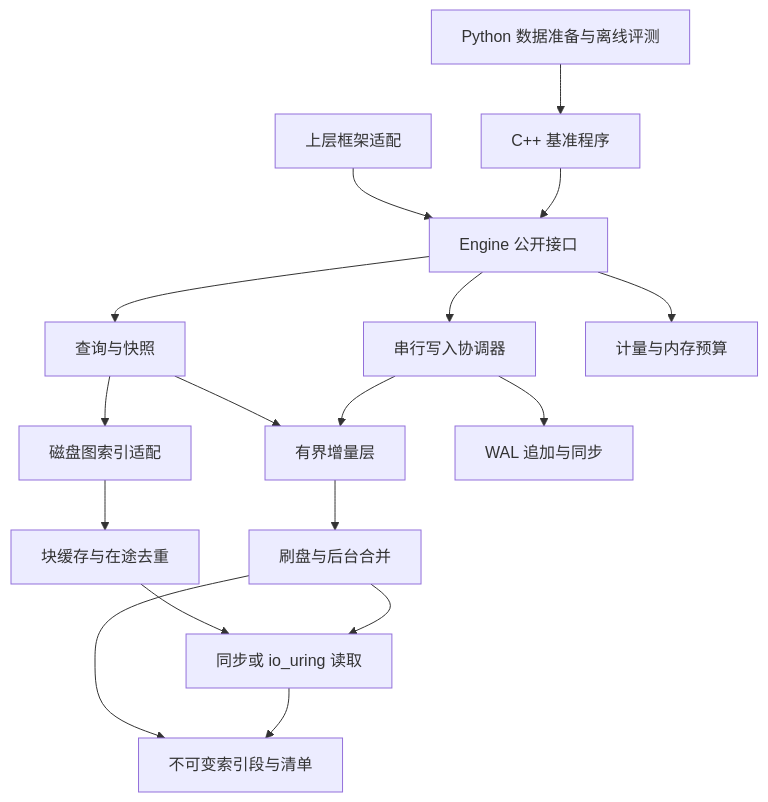
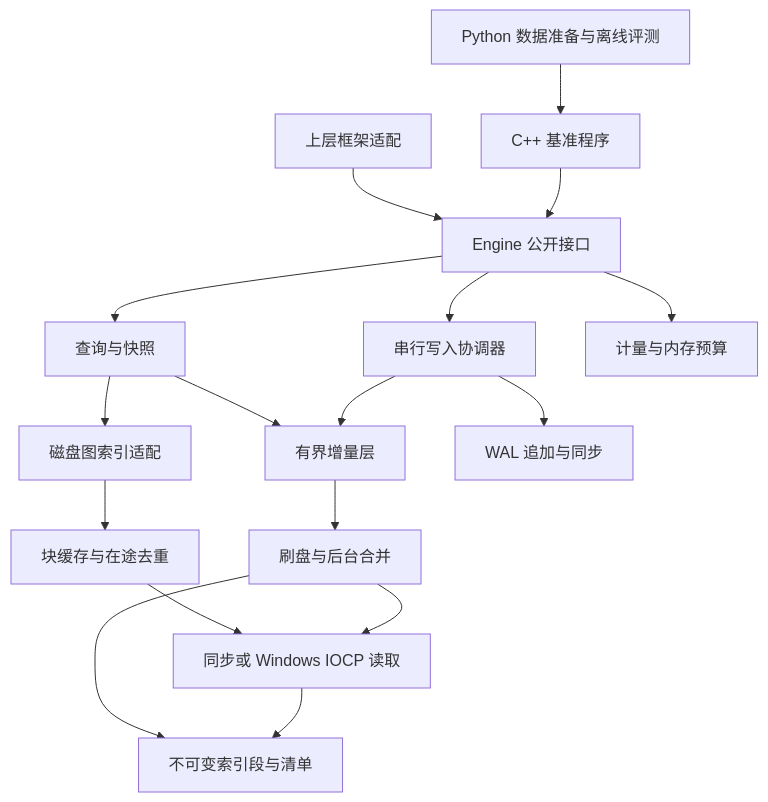
The diagram in docs/architecture.md (jinagchen/gu), drawn with Mermaid before and after one commit. The commit also changed other lines of this file and 42 other files, not shown here.

````diff
--- a/docs/architecture.md
+++ b/docs/architecture.md
@@ -15,19 +15,19 @@
 ```mermaid
 flowchart TD
     P[Python 数据准备与离线评测] --> B[C++ 基准程序]
     U[上层框架适配] --> E[Engine 公开接口]
     B --> E
     E --> Q[查询与快照]
     E --> W[串行写入协调器]
     Q --> I[磁盘图索引适配]
     Q --> D[有界增量层]
     I --> C[块缓存与在途去重]
-    C --> R[同步或 io_uring 读取]
+    C --> R[同步或 Windows IOCP 读取]
     W --> L[WAL 追加与同步]
     W --> D
     D --> M[刷盘与后台合并]
     M --> R
     M --> F[不可变索引段与清单]
     R --> F
     E --> S[计量与内存预算]
 ```
````
